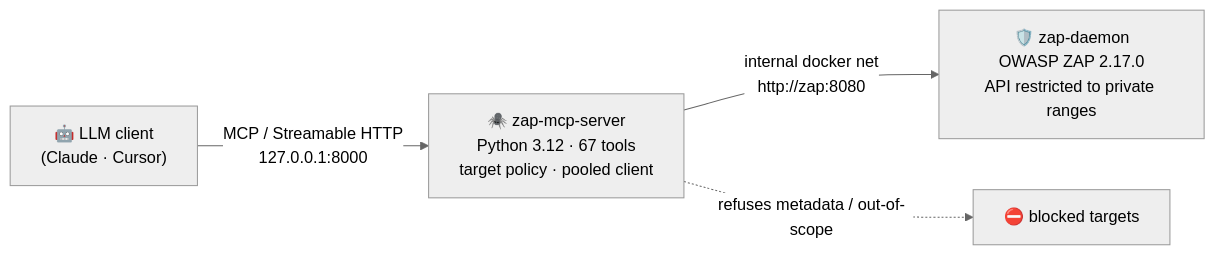
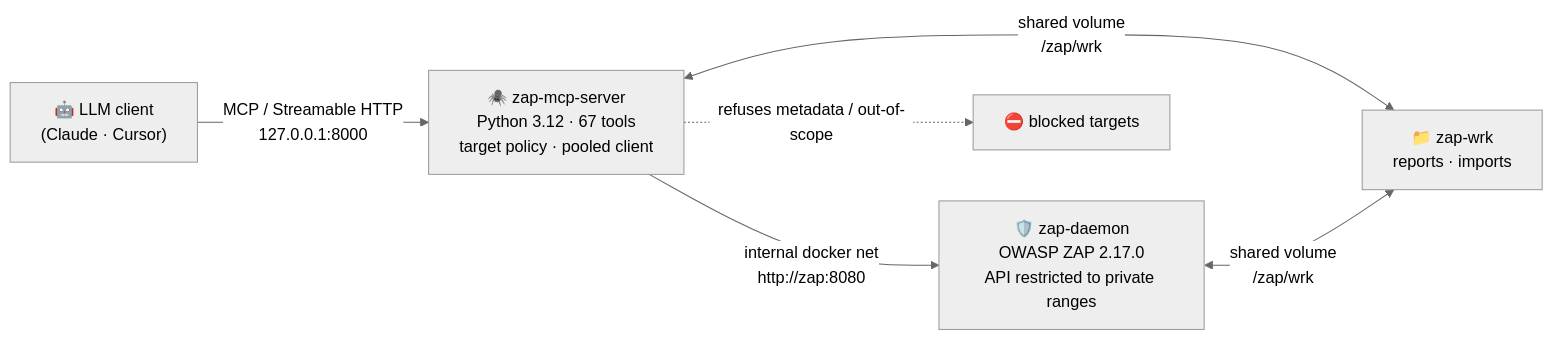
Before and after one commit to Neeraj829784/zap-mcp-server: the diagram in README.md, drawn with Mermaid (neutral theme). The commit also changed other lines of this file and 4 other files, not shown here.

````diff
--- a/README.md
+++ b/README.md
@@ -78,7 +78,9 @@
 ```mermaid
 flowchart LR
     A["🤖 LLM client<br/>(Claude · Cursor)"] -->|MCP / Streamable HTTP<br/>127.0.0.1:8000| B
     B["🕷️ zap-mcp-server<br/>Python 3.12 · 67 tools<br/>target policy · pooled client"] -->|internal docker net<br/>http://zap:8080| C
     C["🛡️ zap-daemon<br/>OWASP ZAP 2.17.0<br/>API restricted to private ranges"]
+    B <-->|shared volume<br/>/zap/wrk| D["📁 zap-wrk<br/>reports · imports"]
+    C <-->|shared volume<br/>/zap/wrk| D
     B -.->|refuses metadata / out-of-scope| X["⛔ blocked targets"]
 ```
````
